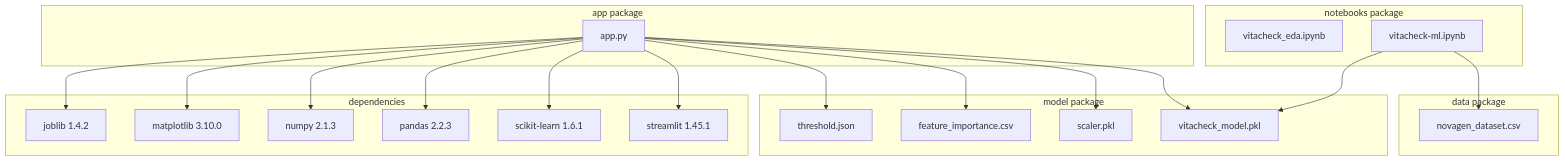
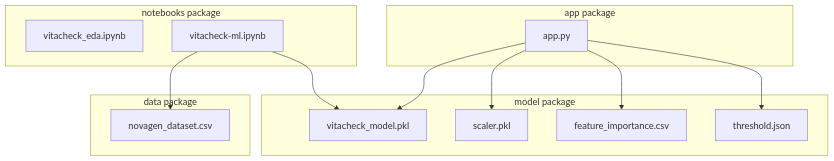
Diagram 11 of 14 in README.md (KARTHIKAKRISHNA123/vitacheck-ml), drawn with Mermaid before and after one commit. The commit also changed other lines of this file, not shown here.

````diff
--- a/README.md
+++ b/README.md
@@ -558,44 +417,25 @@
 ```mermaid
 flowchart TD
-    subgraph App["app package"]
+    subgraph AppPkg["app package"]
         apppy[app.py]
     end
-
     subgraph ModelPkg["model package"]
         pkl[vitacheck_model.pkl]
         scaler[scaler.pkl]
         fimp[feature_importance.csv]
         thresh[threshold.json]
     end
-
     subgraph NotebookPkg["notebooks package"]
         eda[vitacheck_eda.ipynb]
         ml[vitacheck-ml.ipynb]
     end
-
     subgraph DataPkg["data package"]
         csv[novagen_dataset.csv]
     end
-
-    subgraph Deps["dependencies"]
-        streamlit_pkg[streamlit 1.45.1]
-        sklearn_pkg[scikit-learn 1.6.1]
-        pandas_pkg[pandas 2.2.3]
-        numpy_pkg[numpy 2.1.3]
-        mpl_pkg[matplotlib 3.10.0]
-        joblib_pkg[joblib 1.4.2]
-    end
-
     apppy --> pkl
     apppy --> scaler
     apppy --> fimp
     apppy --> thresh
     ml --> csv
     ml --> pkl
-    apppy --> streamlit_pkg
-    apppy --> sklearn_pkg
-    apppy --> pandas_pkg
-    apppy --> numpy_pkg
-    apppy --> mpl_pkg
-    apppy --> joblib_pkg
 ```
````
